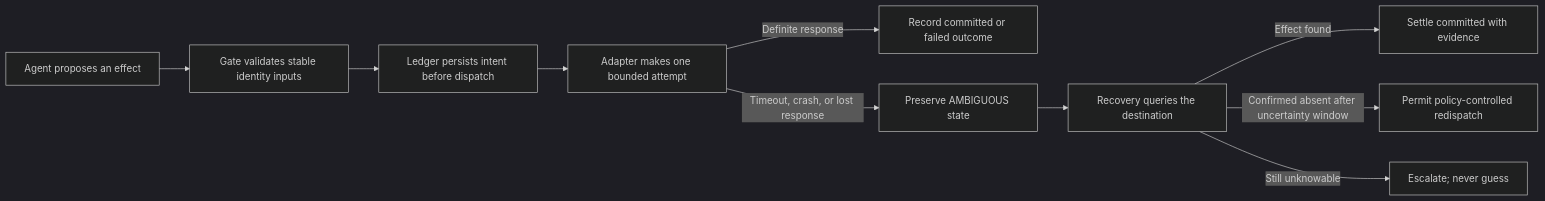
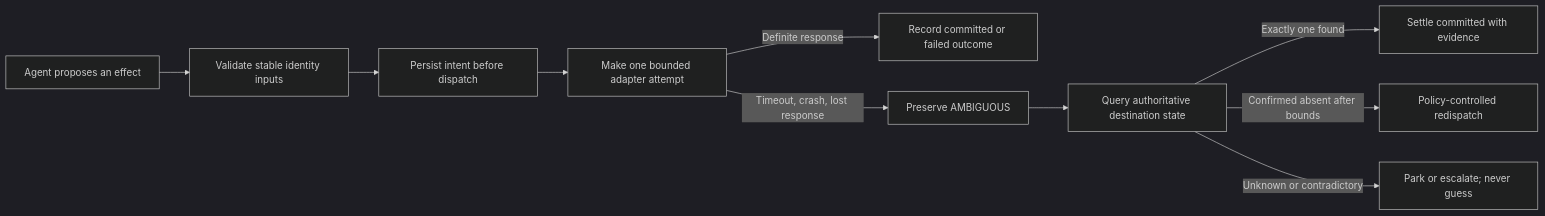
One commit to PranavMishra28/irrevon changed the diagram in README.md. Above: the diagram before and after it, drawn with Mermaid (dark theme). The commit also changed other lines of this file and 172 other files, not shown here.

````diff
--- a/README.md
+++ b/README.md
@@ -59,12 +100,12 @@
 ```mermaid
 flowchart LR
-    A["Agent proposes an effect"] --> B["Gate validates stable identity inputs"]
-    B --> C["Ledger persists intent before dispatch"]
-    C --> D["Adapter makes one bounded attempt"]
+    A["Agent proposes an effect"] --> B["Validate stable identity inputs"]
+    B --> C["Persist intent before dispatch"]
+    C --> D["Make one bounded adapter attempt"]
     D -->|Definite response| E["Record committed or failed outcome"]
-    D -->|Timeout, crash, or lost response| F["Preserve AMBIGUOUS state"]
-    F --> G["Recovery queries the destination"]
-    G -->|Effect found| H["Settle committed with evidence"]
-    G -->|Confirmed absent after uncertainty window| I["Permit policy-controlled redispatch"]
-    G -->|Still unknowable| J["Escalate; never guess"]
+    D -->|Timeout, crash, lost response| F["Preserve AMBIGUOUS"]
+    F --> G["Query authoritative destination state"]
+    G -->|Exactly one found| H["Settle committed with evidence"]
+    G -->|Confirmed absent after bounds| I["Policy-controlled redispatch"]
+    G -->|Unknown or contradictory| J["Park or escalate; never guess"]
 ```
````
